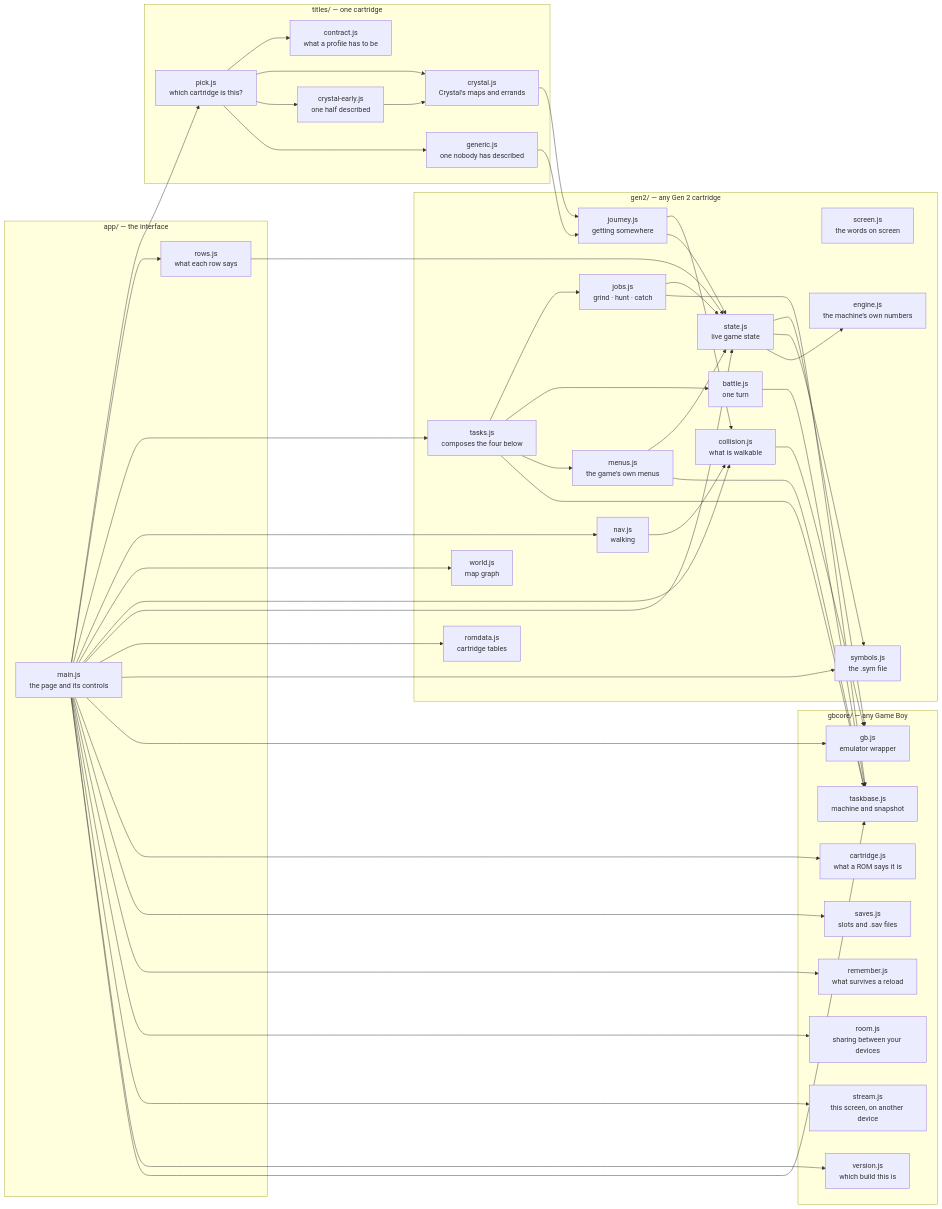
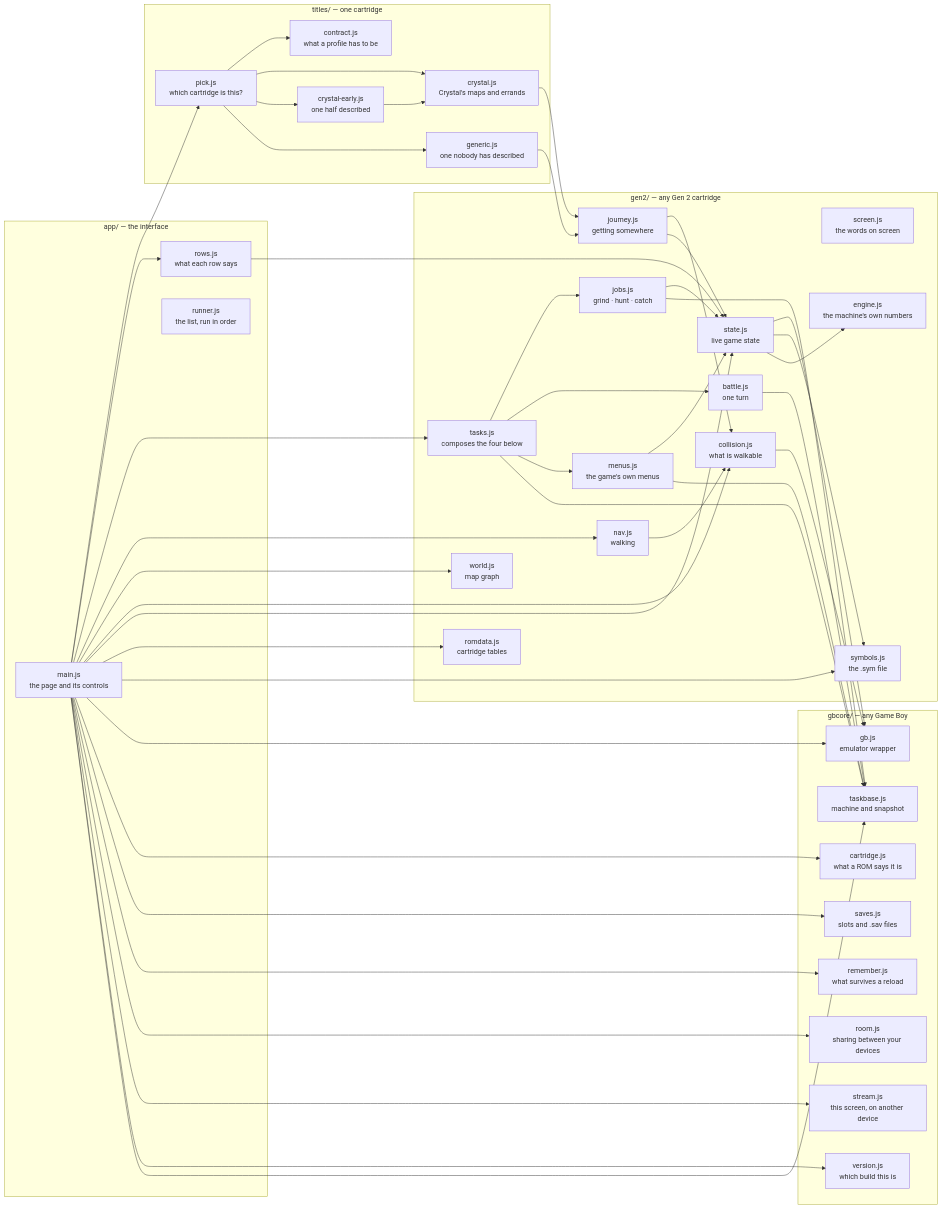
One commit to minormending/crystal-pilot-mobile changed the second of 45 diagrams in docs/CODE.md. Above: the diagram before and after it, drawn with Mermaid. The commit also changed other lines of this file and 6 other files, not shown here.

````diff
--- a/docs/CODE.md
+++ b/docs/CODE.md
@@ -170,81 +170,82 @@
 ```mermaid
 flowchart LR
     subgraph app["app/ — the interface"]
         main["main.js<br/>the page and its controls"]
         rows["rows.js<br/>what each row says"]
+        runner["runner.js<br/>the list, run in order"]
     end
     subgraph titles["titles/ — one cartridge"]
         pick["pick.js<br/>which cartridge is this?"]
         contract["contract.js<br/>what a profile has to be"]
         title["crystal.js<br/>Crystal's maps and errands"]
         early["crystal-early.js<br/>one half described"]
         gener["generic.js<br/>one nobody has described"]
     end
     subgraph gen2["gen2/ — any Gen 2 cartridge"]
         tasks["tasks.js<br/>composes the four below"]
         jour["journey.js<br/>getting somewhere"]
         jobs["jobs.js<br/>grind · hunt · catch"]
         btl["battle.js<br/>one turn"]
         menus["menus.js<br/>the game's own menus"]
         nav["nav.js<br/>walking"]
         world["world.js<br/>map graph"]
         coll["collision.js<br/>what is walkable"]
         state["state.js<br/>live game state"]
         rom["romdata.js<br/>cartridge tables"]
         scr["screen.js<br/>the words on screen"]
         sym["symbols.js<br/>the .sym file"]
         eng["engine.js<br/>the machine's own numbers"]
     end
     subgraph gbcore["gbcore/ — any Game Boy"]
         tbase["taskbase.js<br/>machine and snapshot"]
         saves["saves.js<br/>slots and .sav files"]
         rem["remember.js<br/>what survives a reload"]
         room["room.js<br/>sharing between your devices"]
         stream["stream.js<br/>this screen, on another device"]
         ver["version.js<br/>which build this is"]
         cart["cartridge.js<br/>what a ROM says it is"]
         gb["gb.js<br/>emulator wrapper"]
     end
 
     main --> pick
     pick --> contract
     pick --> title
     pick --> early
     pick --> gener
     main --> rows
     main --> tasks
     main --> nav
     main --> world
     main --> coll
     main --> state
     main --> rom
     main --> sym
     main --> gb
     main --> cart
     main --> saves
     main --> rem
     main --> room
     main --> stream
     main --> ver
     main --> tbase
     rows --> state
     title --> jour
     early --> title
     gener --> jour
     jour --> coll
     jour --> state
     tasks --> jobs
     tasks --> btl
     tasks --> menus
     tasks --> tbase
     jobs --> state
     jobs --> tbase
     btl --> tbase
     menus --> state
     menus --> tbase
     nav --> coll
     coll --> gb
     state --> gb
     state --> sym
     state --> eng
 ```
````
